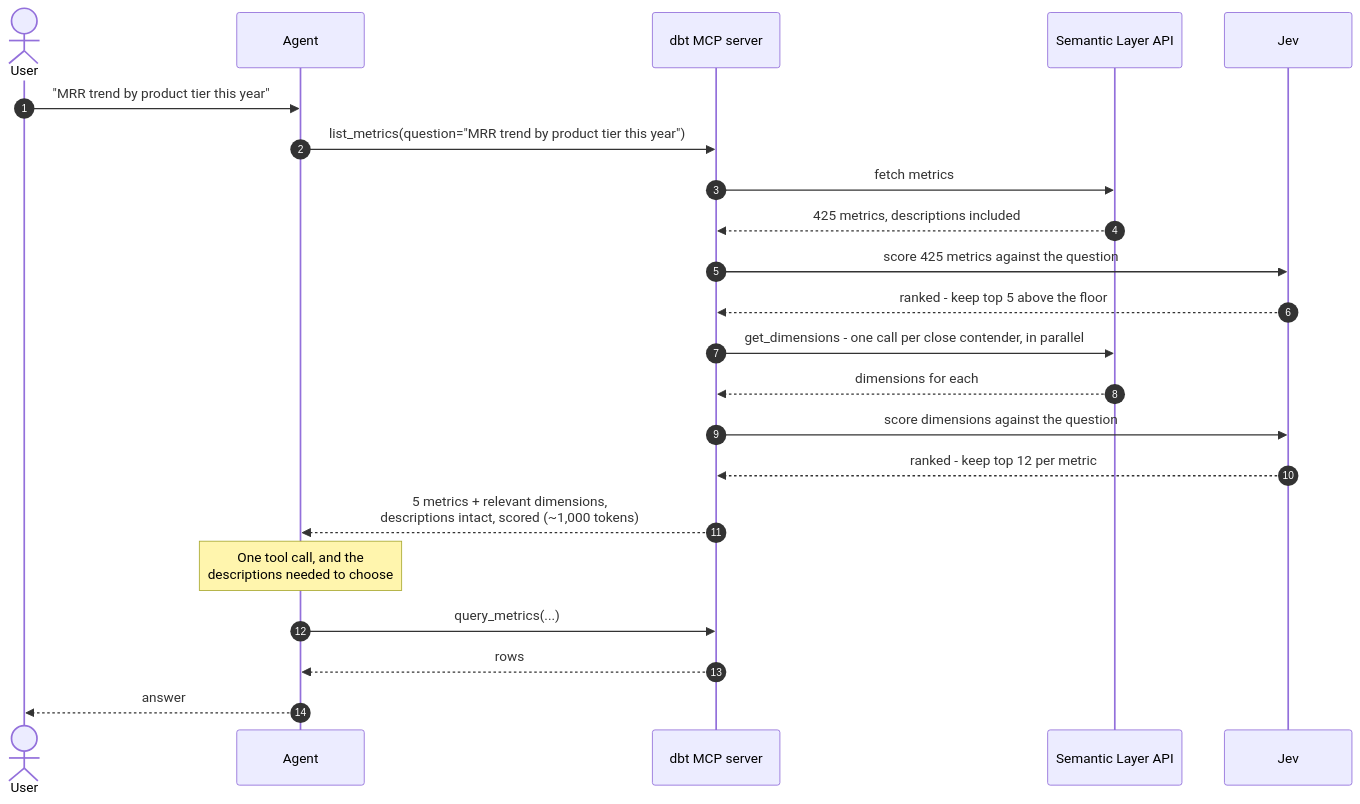
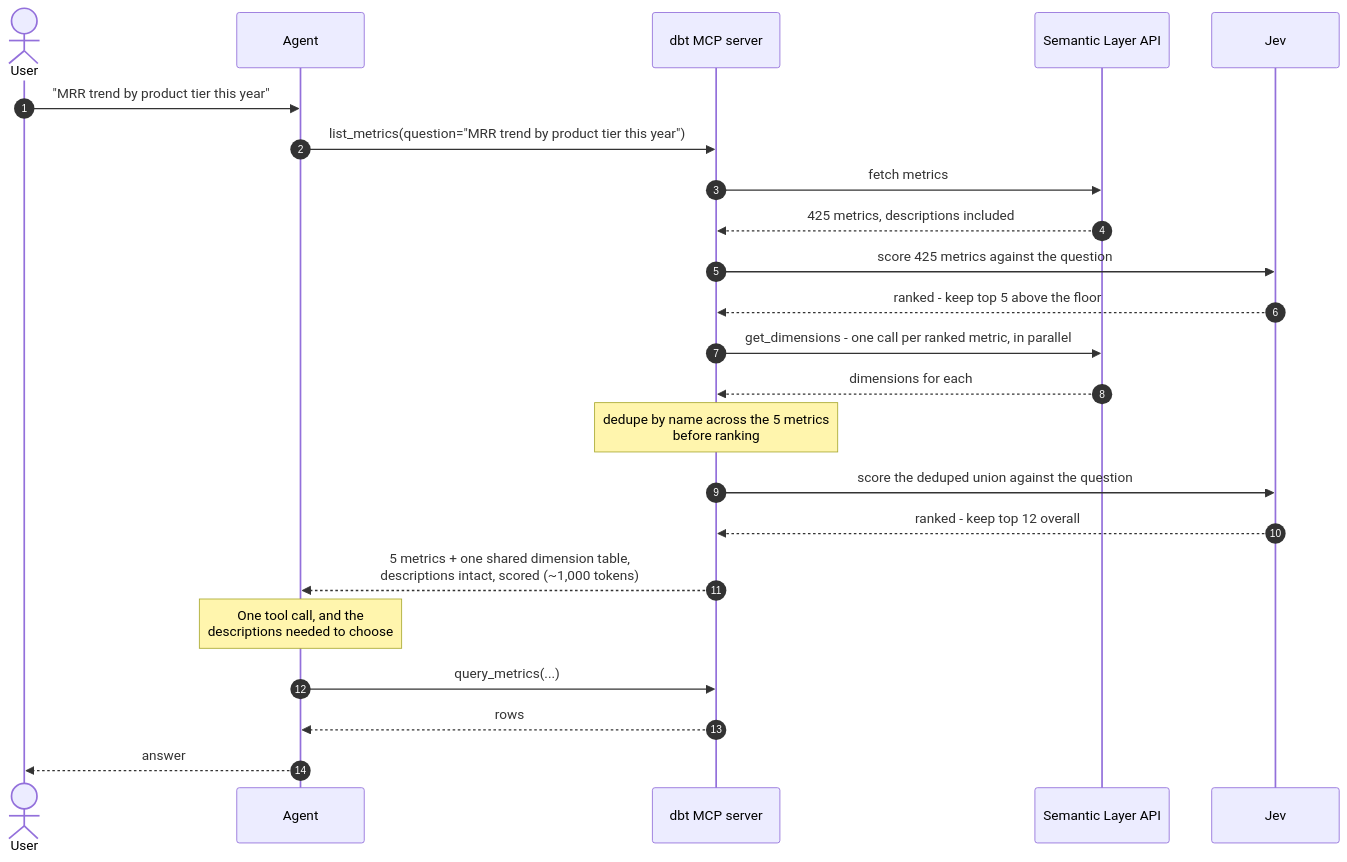
Before and after one commit to dbt-labs/dbt-mcp: the second of 3 diagrams in docs/jev-relevance-filtering.md, drawn with Mermaid. The commit also changed other lines of this file and 8 other files, not shown here.

First line of the commit message:
Dedupe Jev dimension ranking across ranked metrics instead of gating by score

````diff
--- a/docs/jev-relevance-filtering.md
+++ b/docs/jev-relevance-filtering.md
@@ -75,25 +75,26 @@
 ```mermaid
 sequenceDiagram
     autonumber
     actor U as User
     participant A as Agent
     participant M as dbt MCP server
     participant SL as Semantic Layer API
     participant J as Jev
 
     U->>A: "MRR trend by product tier this year"
     A->>M: list_metrics(question="MRR trend by product tier this year")
     M->>SL: fetch metrics
     SL-->>M: 425 metrics, descriptions included
     M->>J: score 425 metrics against the question
     J-->>M: ranked - keep top 5 above the floor
-    M->>SL: get_dimensions - one call per close contender, in parallel
+    M->>SL: get_dimensions - one call per ranked metric, in parallel
     SL-->>M: dimensions for each
-    M->>J: score dimensions against the question
-    J-->>M: ranked - keep top 12 per metric
-    M-->>A: 5 metrics + relevant dimensions,<br/>descriptions intact, scored (~1,000 tokens)
+    Note over M: dedupe by name across the 5 metrics<br/>before ranking
+    M->>J: score the deduped union against the question
+    J-->>M: ranked - keep top 12 overall
+    M-->>A: 5 metrics + one shared dimension table,<br/>descriptions intact, scored (~1,000 tokens)
     Note over A: One tool call, and the<br/>descriptions needed to choose
     A->>M: query_metrics(...)
     M-->>A: rows
     A-->>U: answer
 ```
````
